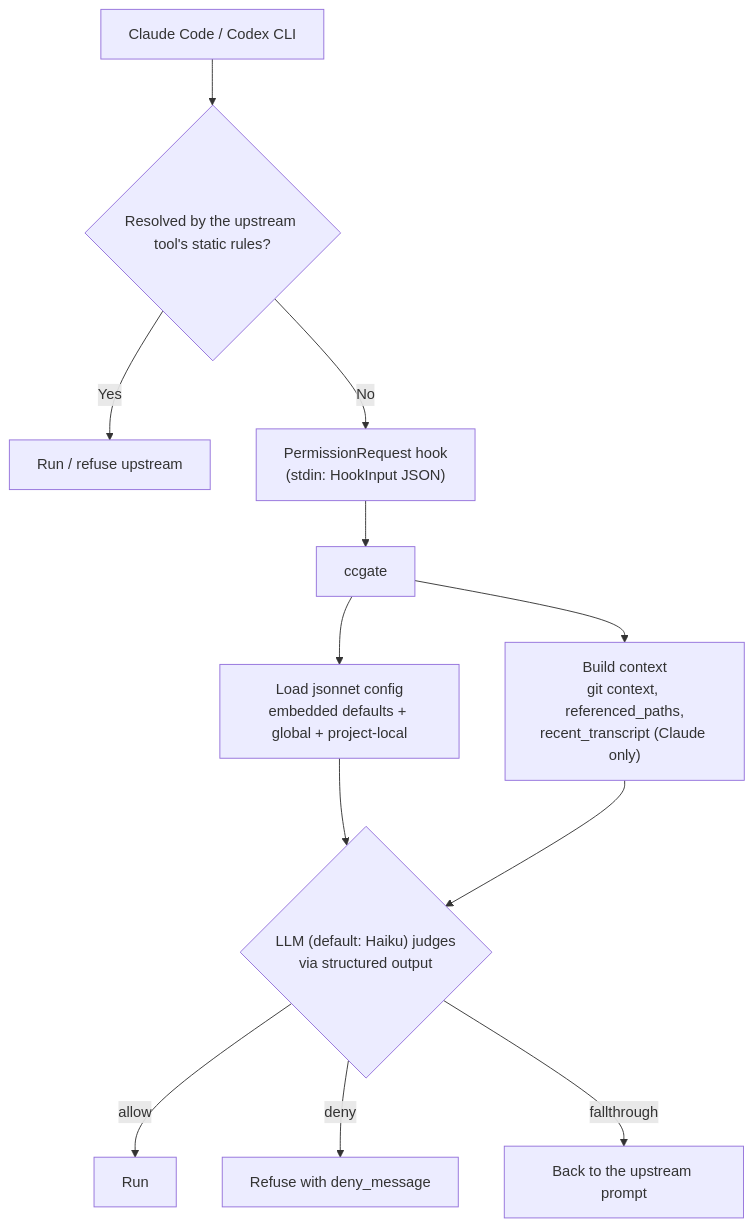
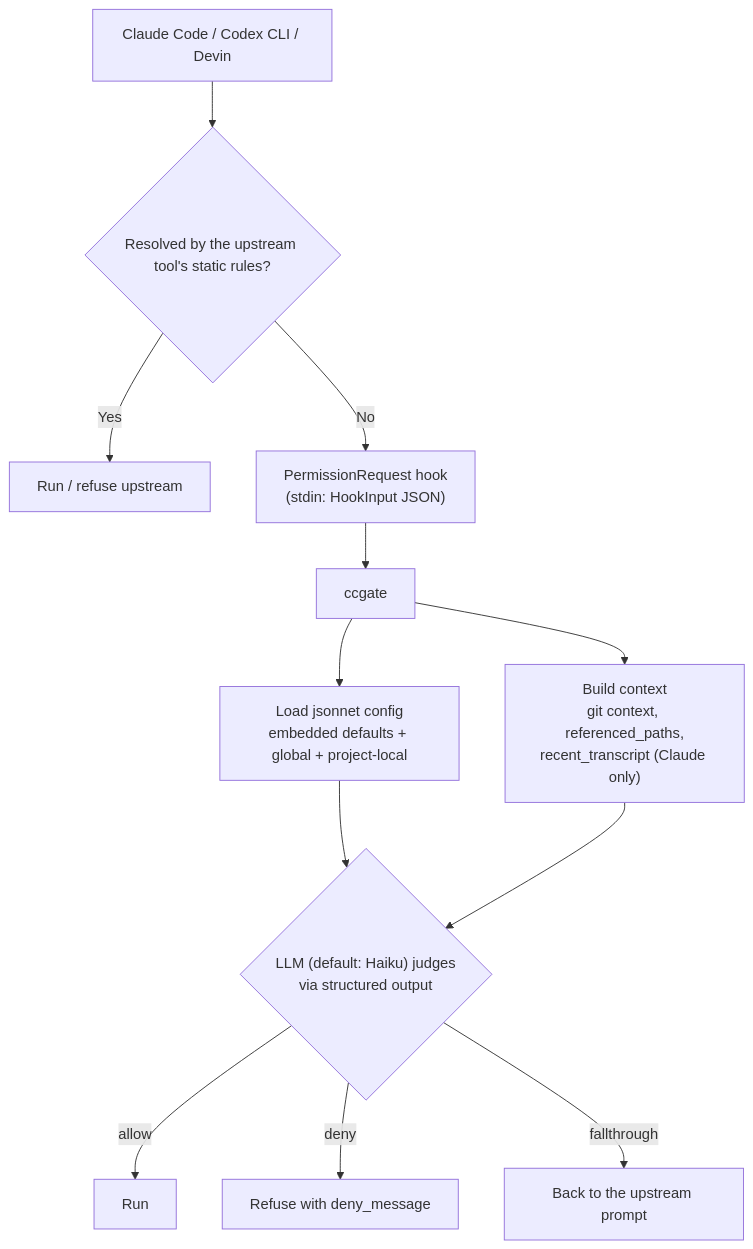
One commit to tak848/ccgate changed the diagram in README.md. Above: the diagram before and after it, drawn with Mermaid. The commit also changed other lines of this file and 23 other files, not shown here.

First line of the commit message:
feat: add Devin CLI PermissionRequest hook support (#120)

````diff
--- a/README.md
+++ b/README.md
@@ -157,14 +190,14 @@
 ```mermaid
 flowchart TD
-  A["Claude Code / Codex CLI"] --> B{"Resolved by the upstream tool's static rules?"}
+  A["Claude Code / Codex CLI / Devin"] --> B{"Resolved by the upstream tool's static rules?"}
   B -->|Yes| C["Run / refuse upstream"]
   B -->|No| D["PermissionRequest hook<br/>(stdin: HookInput JSON)"]
   D --> E["ccgate"]
   E --> F1["Load jsonnet config<br/>embedded defaults + global + project-local"]
   E --> F2["Build context<br/>git context, referenced_paths,<br/>recent_transcript (Claude only)"]
   F1 --> G{"LLM (default: Haiku) judges<br/>via structured output"}
   F2 --> G
   G -->|allow| H["Run"]
   G -->|deny| I["Refuse with deny_message"]
   G -->|fallthrough| J["Back to the upstream prompt"]
 ```
````
